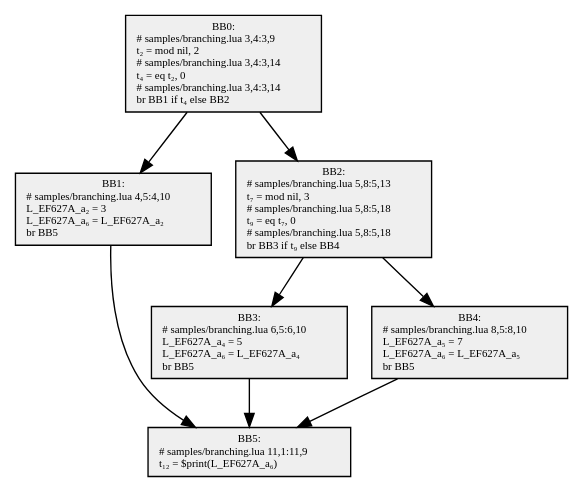
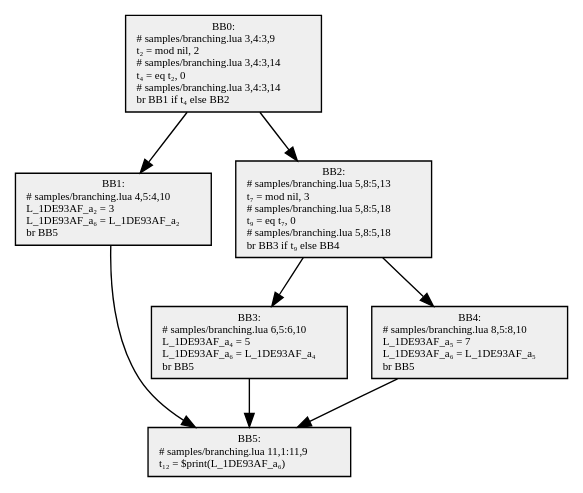
Before and after one commit to GGG-KILLER/SimpleCompiler: the diagram in src/SimpleCompiler.Cli/samples/obj/branching.6.dot, drawn with Graphviz. The commit also changed 28 other files, not shown here.

```diff
--- a/src/SimpleCompiler.Cli/samples/obj/branching.6.dot
+++ b/src/SimpleCompiler.Cli/samples/obj/branching.6.dot
@@ -1,17 +1,17 @@
 digraph {
   node[shape=box style=filled fontsize=8 fontname="Cascadia Code" fillcolor="#efefef"];
   BB0 [label="BB0:\n# samples/branching.lua 3,4:3,9\lt₂ = mod nil, 2\l# samples/branching.lua 3,4:3,14\lt₄ = eq t₂, 0\l# samples/branching.lua 3,4:3,14\lbr BB1 if t₄ else BB2\l"];
-  BB1 [label="BB1:\n# samples/branching.lua 4,5:4,10\lL_EF627A_a₂ = 3\lL_EF627A_a₆ = L_EF627A_a₂\lbr BB5\l"];
+  BB1 [label="BB1:\n# samples/branching.lua 4,5:4,10\lL_1DE93AF_a₂ = 3\lL_1DE93AF_a₆ = L_1DE93AF_a₂\lbr BB5\l"];
   BB2 [label="BB2:\n# samples/branching.lua 5,8:5,13\lt₇ = mod nil, 3\l# samples/branching.lua 5,8:5,18\lt₉ = eq t₇, 0\l# samples/branching.lua 5,8:5,18\lbr BB3 if t₉ else BB4\l"];
-  BB3 [label="BB3:\n# samples/branching.lua 6,5:6,10\lL_EF627A_a₄ = 5\lL_EF627A_a₆ = L_EF627A_a₄\lbr BB5\l"];
-  BB4 [label="BB4:\n# samples/branching.lua 8,5:8,10\lL_EF627A_a₅ = 7\lL_EF627A_a₆ = L_EF627A_a₅\lbr BB5\l"];
-  BB5 [label="BB5:\n# samples/branching.lua 11,1:11,9\lt₁₂ = $print(L_EF627A_a₆)\l"];
+  BB3 [label="BB3:\n# samples/branching.lua 6,5:6,10\lL_1DE93AF_a₄ = 5\lL_1DE93AF_a₆ = L_1DE93AF_a₄\lbr BB5\l"];
+  BB4 [label="BB4:\n# samples/branching.lua 8,5:8,10\lL_1DE93AF_a₅ = 7\lL_1DE93AF_a₆ = L_1DE93AF_a₅\lbr BB5\l"];
+  BB5 [label="BB5:\n# samples/branching.lua 11,1:11,9\lt₁₂ = $print(L_1DE93AF_a₆)\l"];
 
   BB0 -> BB1;
   BB0 -> BB2;
   BB2 -> BB3;
   BB2 -> BB4;
   BB1 -> BB5;
   BB3 -> BB5;
   BB4 -> BB5;
 }
```
